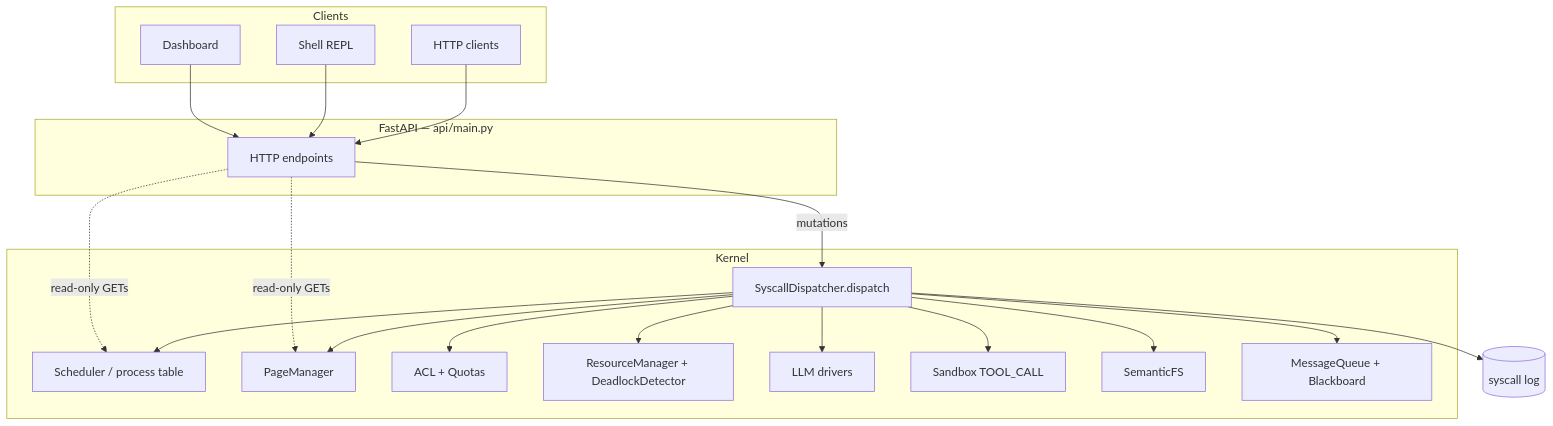
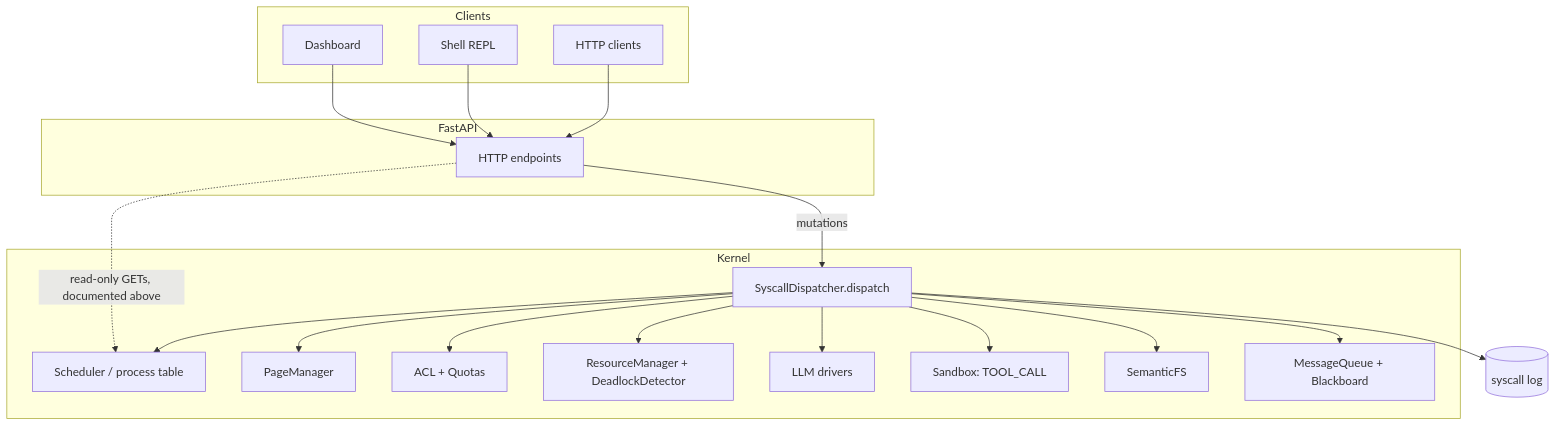
The diagram in README.md (mahamudul-hasan-cse/AgentOS), drawn with Mermaid before and after one commit. The commit also changed other lines of this file and 6 other files, not shown here.

````diff
--- a/README.md
+++ b/README.md
@@ -123,40 +91,36 @@
 ```mermaid
 flowchart TB
   subgraph clients [Clients]
     UI[Dashboard]
     SH[Shell REPL]
     HTTP[HTTP clients]
   end
-
-  subgraph api [FastAPI — api/main.py]
+  subgraph api [FastAPI]
     EP[HTTP endpoints]
   end
-
   subgraph kernel [Kernel]
     DISP[SyscallDispatcher.dispatch]
     SCHED[Scheduler / process table]
     MEM[PageManager]
     ACL[ACL + Quotas]
     RES[ResourceManager + DeadlockDetector]
     DRV[LLM drivers]
-    SBX[Sandbox TOOL_CALL]
+    SBX[Sandbox: TOOL_CALL]
     FS[SemanticFS]
     IPC[MessageQueue + Blackboard]
   end
-
   UI --> EP
   SH --> EP
   HTTP --> EP
   EP -->|mutations| DISP
-  EP -.->|read-only GETs| SCHED
-  EP -.->|read-only GETs| MEM
+  EP -.->|read-only GETs, documented above| SCHED
   DISP --> SCHED
   DISP --> MEM
   DISP --> ACL
   DISP --> RES
   DISP --> DRV
   DISP --> SBX
   DISP --> FS
   DISP --> IPC
   DISP --> LOG[(syscall log)]
 ```
````
